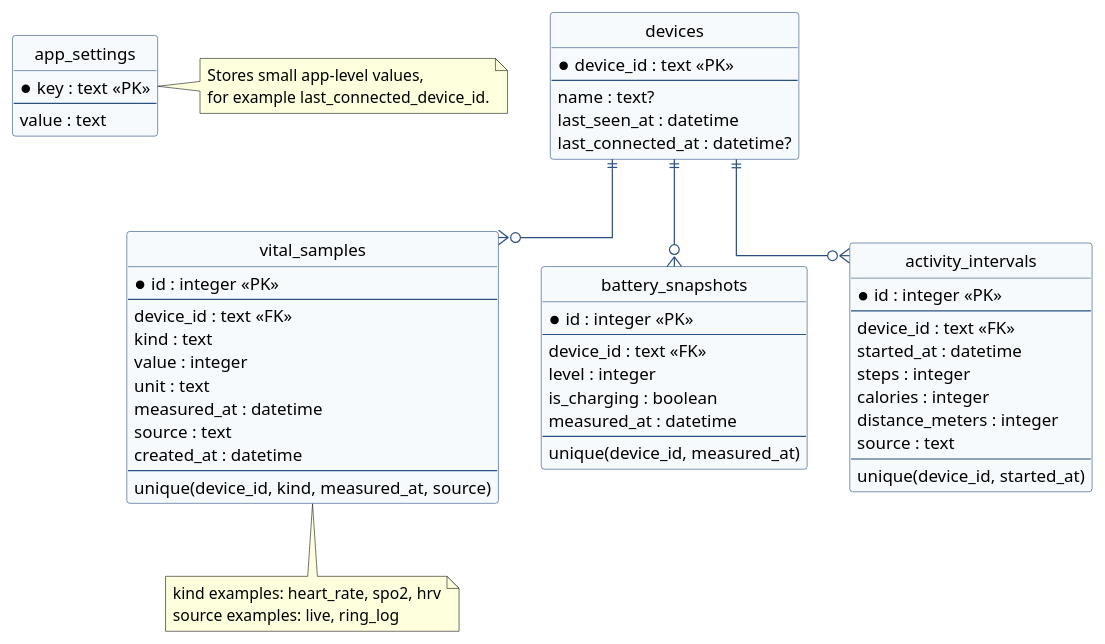
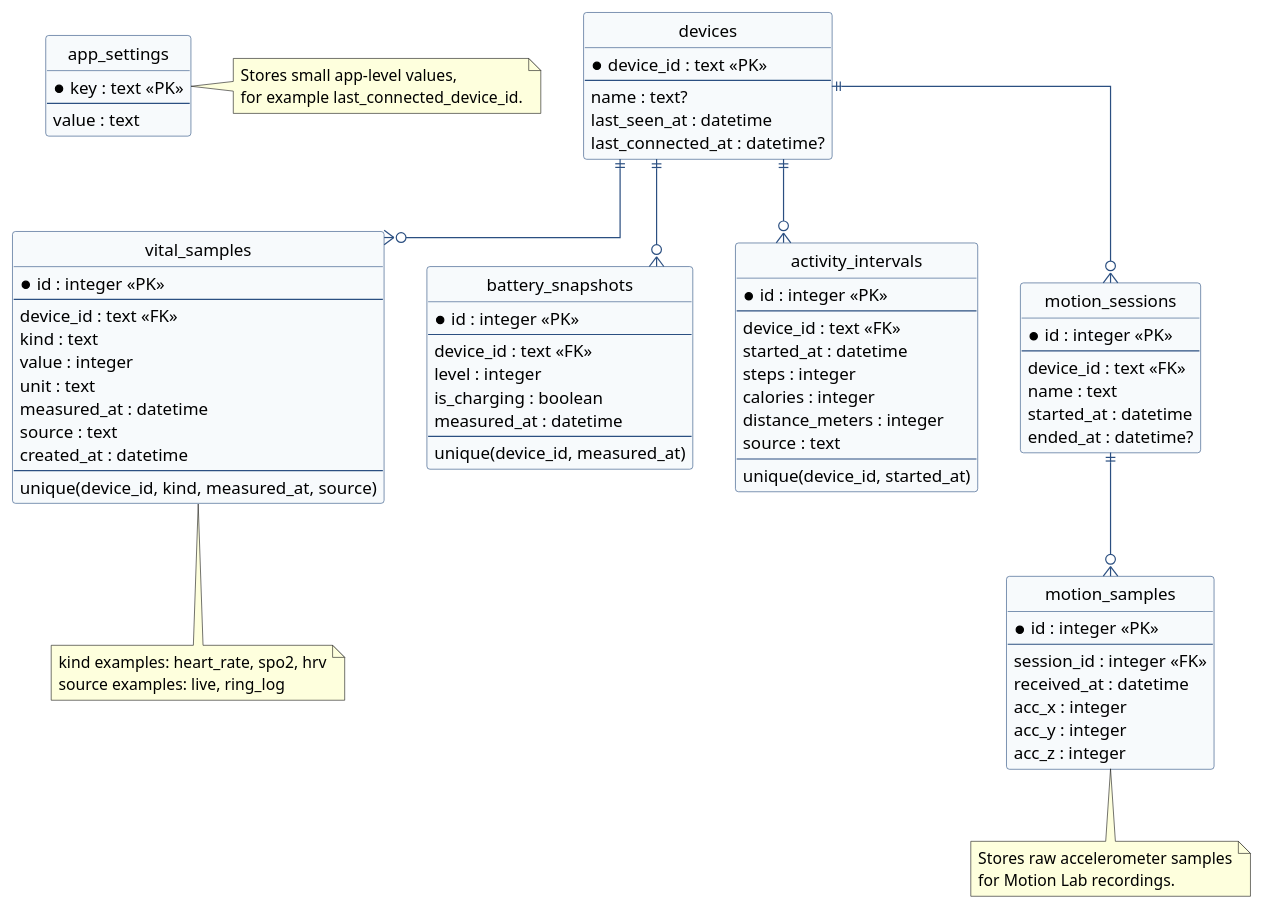
Before and after one commit to mkraska06/openring-dashboard: the diagram in docs/database-schema.puml, drawn with PlantUML. The commit also changed 4 other files, not shown here.

```diff
--- a/docs/database-schema.puml
+++ b/docs/database-schema.puml
@@ -1,84 +1,110 @@
 @startuml OpenRing-Database-Schema
 ' ===========================================================
 ' Database schema: OpenRing Desktop
 ' Local SQLite schema used through Drift.
 ' ===========================================================
 
 skinparam backgroundColor #FFFFFF
 skinparam linetype ortho
 skinparam shadowing false
 skinparam class {
     BackgroundColor #F7FAFC
     BorderColor #2B4F81
     ArrowColor #2B4F81
 }
 hide circle
 hide methods
 
 entity "devices" as devices {
     * device_id : text <<PK>>
     --
     name : text?
     last_seen_at : datetime
     last_connected_at : datetime?
 }
 
 entity "app_settings" as app_settings {
     * key : text <<PK>>
     --
     value : text
 }
 
 entity "vital_samples" as vital_samples {
     * id : integer <<PK>>
     --
     device_id : text <<FK>>
     kind : text
     value : integer
     unit : text
     measured_at : datetime
     source : text
     created_at : datetime
     --
     unique(device_id, kind, measured_at, source)
 }
 
 entity "battery_snapshots" as battery_snapshots {
     * id : integer <<PK>>
     --
     device_id : text <<FK>>
     level : integer
     is_charging : boolean
     measured_at : datetime
     --
     unique(device_id, measured_at)
 }
 
 entity "activity_intervals" as activity_intervals {
     * id : integer <<PK>>
     --
     device_id : text <<FK>>
     started_at : datetime
     steps : integer
     calories : integer
     distance_meters : integer
     source : text
     --
     unique(device_id, started_at)
 }
 
+entity "motion_sessions" as motion_sessions {
+    * id : integer <<PK>>
+    --
+    device_id : text <<FK>>
+    name : text
+    started_at : datetime
+    ended_at : datetime?
+}
+
+entity "motion_samples" as motion_samples {
+    * id : integer <<PK>>
+    --
+    session_id : integer <<FK>>
+    received_at : datetime
+    acc_x : integer
+    acc_y : integer
+    acc_z : integer
+}
+
 devices ||--o{ vital_samples
 devices ||--o{ battery_snapshots
 devices ||--o{ activity_intervals
+devices ||--o{ motion_sessions
+motion_sessions ||--o{ motion_samples
 
 note right of app_settings
 Stores small app-level values,
 for example last_connected_device_id.
 end note
 
 note bottom of vital_samples
 kind examples: heart_rate, spo2, hrv
 source examples: live, ring_log
 end note
 
+note bottom of motion_samples
+Stores raw accelerometer samples
+for Motion Lab recordings.
+end note
+
 @enduml
```
